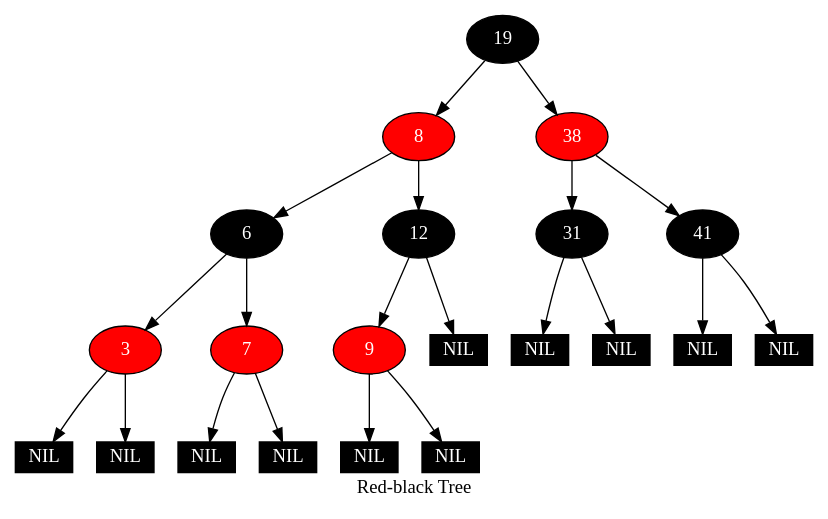
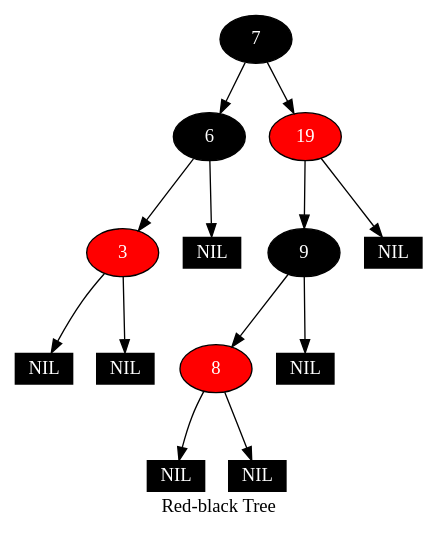
Before and after one commit to Xianyu39/Xianyu-LearningDS: the diagram in RBTree/VS.dot, drawn with Graphviz. The commit also changed 9 other files, not shown here.

```diff
--- a/RBTree/VS.dot
+++ b/RBTree/VS.dot
@@ -1,44 +1,28 @@
 digraph {
 	label="Red-black Tree"
-	n19[style="filled",fillcolor="black", fontcolor=white,label="19"]
-	n8[style="filled",fillcolor="red", fontcolor=white,label="8"]
-	n19->n8
-	n6[style="filled",fillcolor="black", fontcolor=white,label="6"]
-	n8->n6
-	n3[style="filled",fillcolor="red", fontcolor=white,label="3"]
+	n5[style="filled",fillcolor="black", fontcolor=white,label="7"]
+	n4[style="filled",fillcolor="black", fontcolor=white,label="6"]
+	n5->n4
+	n7[style="filled",fillcolor="red", fontcolor=white,label="3"]
+	n4->n7
+	nil0[style="filled",fillcolor="black", shape=box, fontcolor=white, width=0.4, height=0.2,label="NIL"]
+	n7->nil0[style="filled",fillcolor="black", shape=box, fontcolor=white, width=0.4, height=0.2,label="NIL"]
+	nil1[style="filled",fillcolor="black", shape=box, fontcolor=white, width=0.4, height=0.2,label="NIL"]
+	n7->nil1[style="filled",fillcolor="black", shape=box, fontcolor=white, width=0.4, height=0.2,label="NIL"]
+	nil2[style="filled",fillcolor="black", shape=box, fontcolor=white, width=0.4, height=0.2,label="NIL"]
+	n4->nil2[style="filled",fillcolor="black", shape=box, fontcolor=white, width=0.4, height=0.2,label="NIL"]
+	n1[style="filled",fillcolor="red", fontcolor=white,label="19"]
+	n5->n1
+	n6[style="filled",fillcolor="black", fontcolor=white,label="9"]
+	n1->n6
+	n3[style="filled",fillcolor="red", fontcolor=white,label="8"]
 	n6->n3
-	nil0[style="filled",fillcolor="black", shape=box, fontcolor=white, width=0.4, height=0.2,label="NIL"]
-	n3->nil0[style="filled",fillcolor="black", shape=box, fontcolor=white, width=0.4, height=0.2,label="NIL"]
-	nil1[style="filled",fillcolor="black", shape=box, fontcolor=white, width=0.4, height=0.2,label="NIL"]
-	n3->nil1[style="filled",fillcolor="black", shape=box, fontcolor=white, width=0.4, height=0.2,label="NIL"]
-	n7[style="filled",fillcolor="red", fontcolor=white,label="7"]
-	n6->n7
-	nil2[style="filled",fillcolor="black", shape=box, fontcolor=white, width=0.4, height=0.2,label="NIL"]
-	n7->nil2[style="filled",fillcolor="black", shape=box, fontcolor=white, width=0.4, height=0.2,label="NIL"]
 	nil3[style="filled",fillcolor="black", shape=box, fontcolor=white, width=0.4, height=0.2,label="NIL"]
-	n7->nil3[style="filled",fillcolor="black", shape=box, fontcolor=white, width=0.4, height=0.2,label="NIL"]
-	n12[style="filled",fillcolor="black", fontcolor=white,label="12"]
-	n8->n12
-	n9[style="filled",fillcolor="red", fontcolor=white,label="9"]
-	n12->n9
+	n3->nil3[style="filled",fillcolor="black", shape=box, fontcolor=white, width=0.4, height=0.2,label="NIL"]
 	nil4[style="filled",fillcolor="black", shape=box, fontcolor=white, width=0.4, height=0.2,label="NIL"]
-	n9->nil4[style="filled",fillcolor="black", shape=box, fontcolor=white, width=0.4, height=0.2,label="NIL"]
+	n3->nil4[style="filled",fillcolor="black", shape=box, fontcolor=white, width=0.4, height=0.2,label="NIL"]
 	nil5[style="filled",fillcolor="black", shape=box, fontcolor=white, width=0.4, height=0.2,label="NIL"]
-	n9->nil5[style="filled",fillcolor="black", shape=box, fontcolor=white, width=0.4, height=0.2,label="NIL"]
+	n6->nil5[style="filled",fillcolor="black", shape=box, fontcolor=white, width=0.4, height=0.2,label="NIL"]
 	nil6[style="filled",fillcolor="black", shape=box, fontcolor=white, width=0.4, height=0.2,label="NIL"]
-	n12->nil6[style="filled",fillcolor="black", shape=box, fontcolor=white, width=0.4, height=0.2,label="NIL"]
-	n38[style="filled",fillcolor="red", fontcolor=white,label="38"]
-	n19->n38
-	n31[style="filled",fillcolor="black", fontcolor=white,label="31"]
-	n38->n31
-	nil7[style="filled",fillcolor="black", shape=box, fontcolor=white, width=0.4, height=0.2,label="NIL"]
-	n31->nil7[style="filled",fillcolor="black", shape=box, fontcolor=white, width=0.4, height=0.2,label="NIL"]
-	nil8[style="filled",fillcolor="black", shape=box, fontcolor=white, width=0.4, height=0.2,label="NIL"]
-	n31->nil8[style="filled",fillcolor="black", shape=box, fontcolor=white, width=0.4, height=0.2,label="NIL"]
-	n0[style="filled",fillcolor="black", fontcolor=white,label="41"]
-	n38->n0
-	nil9[style="filled",fillcolor="black", shape=box, fontcolor=white, width=0.4, height=0.2,label="NIL"]
-	n0->nil9[style="filled",fillcolor="black", shape=box, fontcolor=white, width=0.4, height=0.2,label="NIL"]
-	nil10[style="filled",fillcolor="black", shape=box, fontcolor=white, width=0.4, height=0.2,label="NIL"]
-	n0->nil10[style="filled",fillcolor="black", shape=box, fontcolor=white, width=0.4, height=0.2,label="NIL"]
+	n1->nil6[style="filled",fillcolor="black", shape=box, fontcolor=white, width=0.4, height=0.2,label="NIL"]
 }
```
